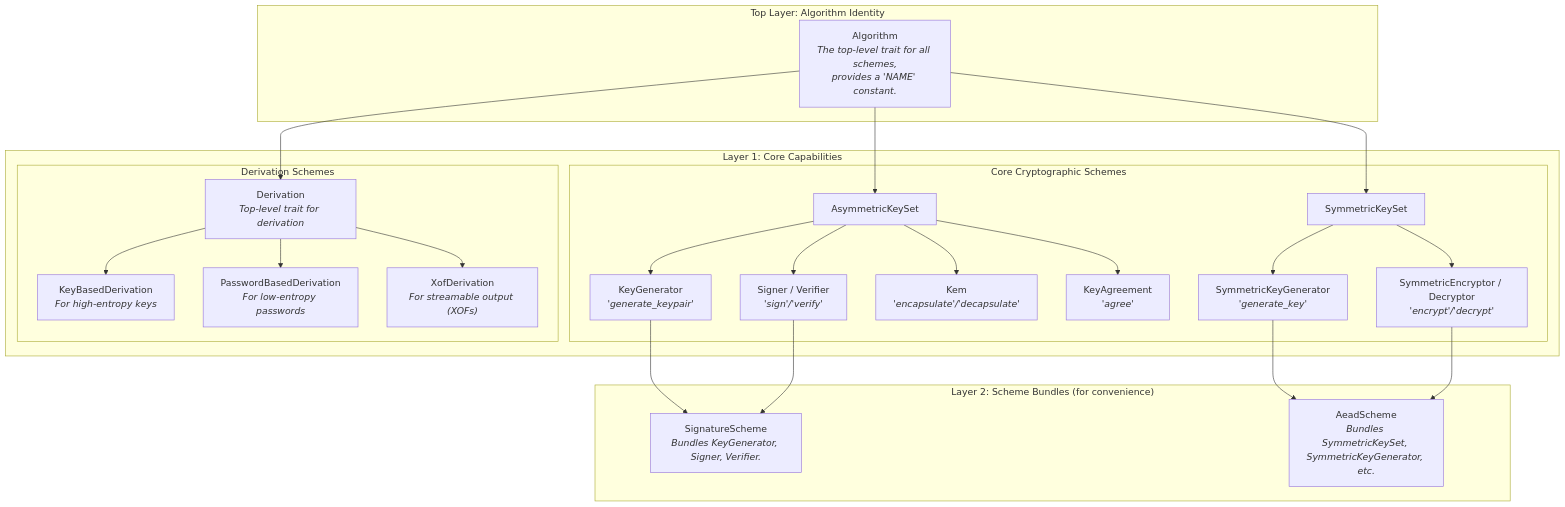
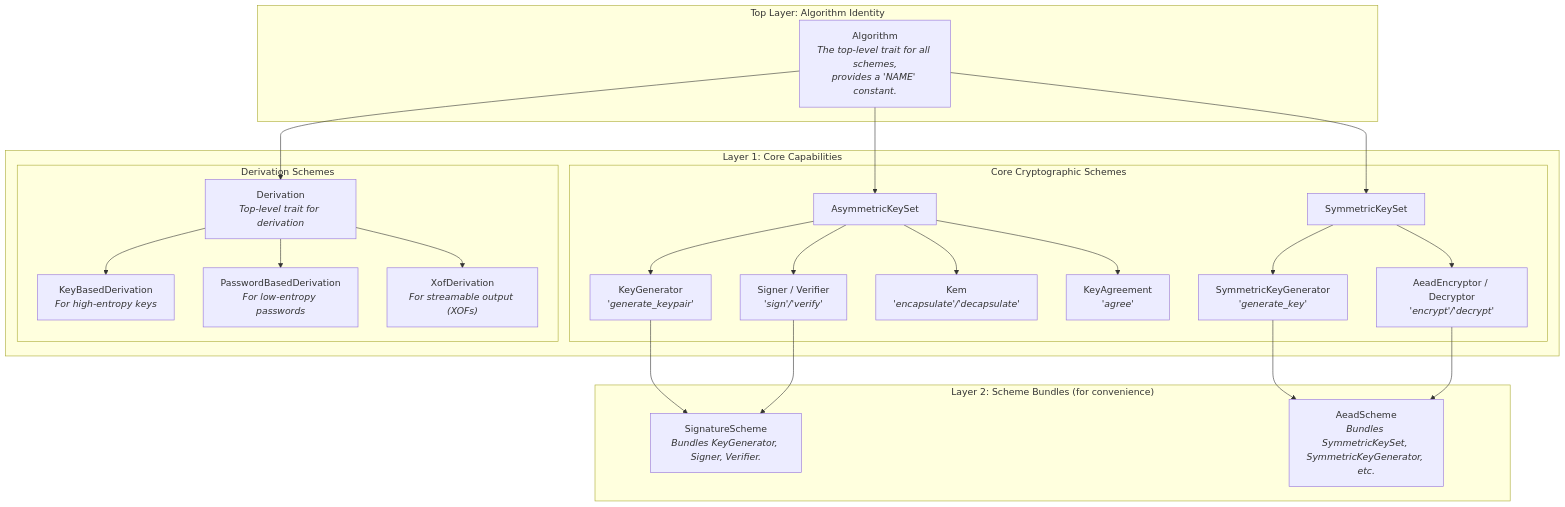
One commit to ShaoG-R/seal-crypto changed the first of 3 diagrams in README.md. Above: the diagram before and after it, drawn with Mermaid. The commit also changed 16 other files, not shown here.

Commit message:
重构对称加密模块，将 `symmetric` 更名为 `aead`，并更新相关文档和示例代码以反映这一变化。同时，删除了不再使用的 `symmetric` 相关实现，优化了代码结构和可读性。

````diff
--- a/README.md
+++ b/README.md
@@ -88,52 +88,52 @@
 ```mermaid
 graph TD
     subgraph "Top Layer: Algorithm Identity"
         Z["Algorithm<br/><i>The top-level trait for all schemes,<br/>provides a 'NAME' constant.</i>"]
     end
 
     subgraph "Layer 1: Core Capabilities"
         subgraph "Core Cryptographic Schemes"
             C["AsymmetricKeySet"]
             D["SymmetricKeySet"]
 
             F["KeyGenerator<br/><i>'generate_keypair'</i>"]
             G["Signer / Verifier<br/><i>'sign'/'verify'</i>"]
             H["Kem<br/><i>'encapsulate'/'decapsulate'</i>"]
             M["KeyAgreement<br/><i>'agree'</i>"]
             
             I["SymmetricKeyGenerator<br/><i>'generate_key'</i>"]
-            J["SymmetricEncryptor / Decryptor<br/><i>'encrypt'/'decrypt'</i>"]
+            J["AeadEncryptor / Decryptor<br/><i>'encrypt'/'decrypt'</i>"]
         end
         
         subgraph "Derivation Schemes"
             N_BASE["Derivation<br/><i>Top-level trait for derivation</i>"]
             N_KEY["KeyBasedDerivation<br/><i>For high-entropy keys</i>"]
             N_PASS["PasswordBasedDerivation<br/><i>For low-entropy passwords</i>"]
             N_XOF["XofDerivation<br/><i>For streamable output (XOFs)</i>"]
         end
     end
     
     subgraph "Layer 2: Scheme Bundles (for convenience)"
         K["SignatureScheme<br/><i>Bundles KeyGenerator, Signer, Verifier.</i>"]
         L["AeadScheme<br/><i>Bundles SymmetricKeySet, SymmetricKeyGenerator, etc.</i>"]
     end
 
     Z --> C
     Z --> D
     Z --> N_BASE
     
     C --> F
     C --> G
     C --> H
     C --> M
     
     F & G --> K
 
     D --> I
     D --> J
     I & J --> L
 
     N_BASE --> N_KEY
     N_BASE --> N_PASS
     N_BASE --> N_XOF
 ```
````
